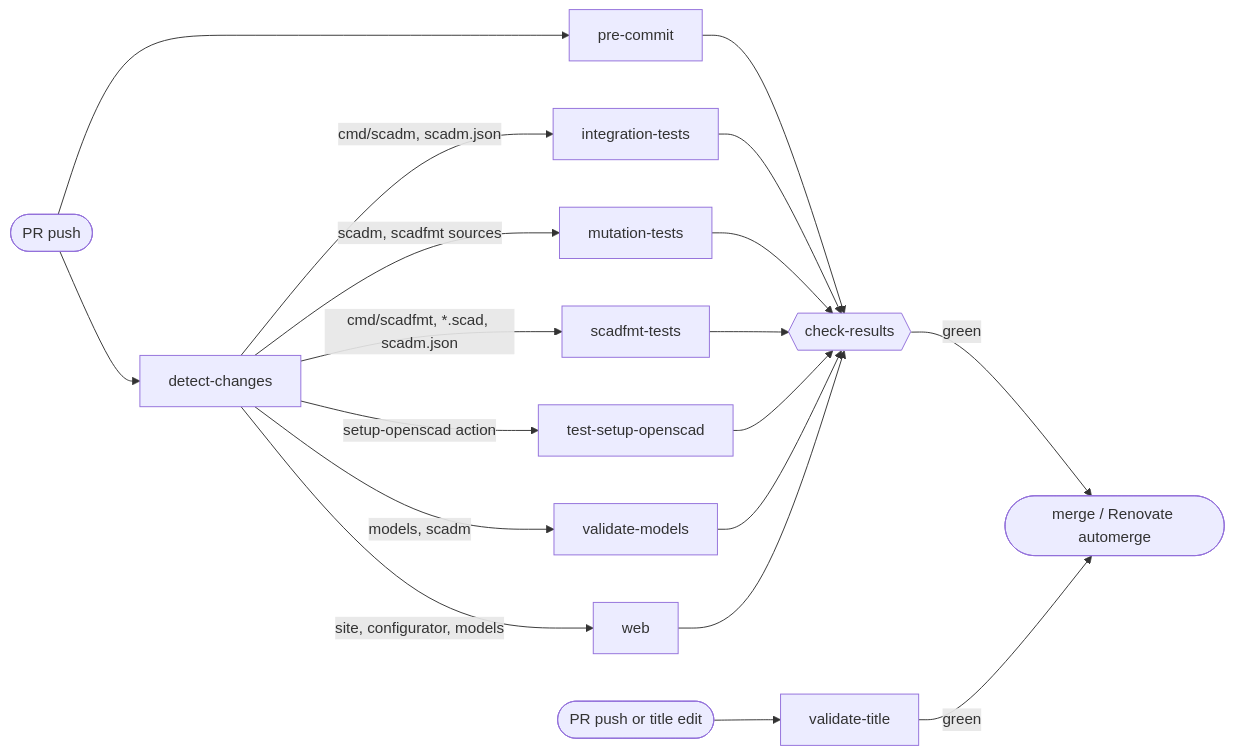
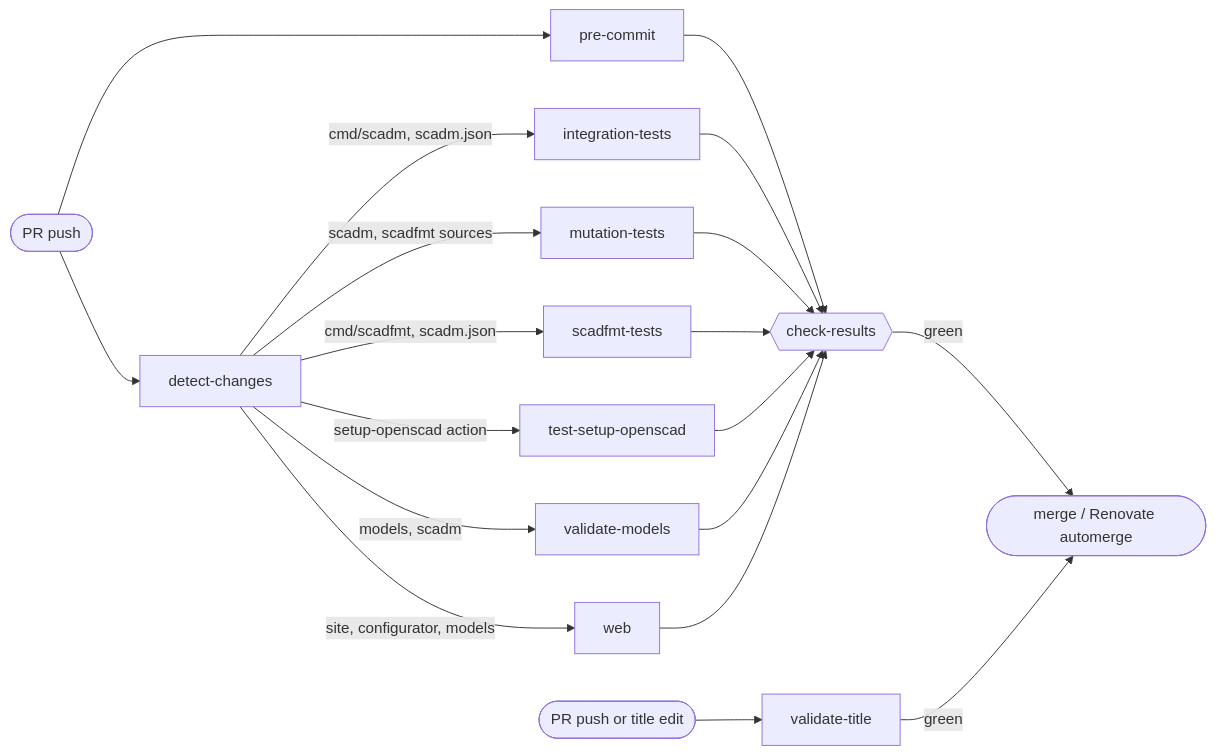
Before and after one commit to kellerlabs/homeracker: the diagram in .github/workflows/README.md, drawn with Mermaid. The commit also changed 4 other files, not shown here.

First line of the commit message:
ci(scadfmt): run the OpenSCAD job only for scadfmt and pin changes

````diff
--- a/.github/workflows/README.md
+++ b/.github/workflows/README.md
@@ -7,14 +7,14 @@
 ```mermaid
 flowchart LR
     pr([PR push]) --> dc[detect-changes]
     pr --> pc[pre-commit]
     dc -->|cmd/scadm, scadm.json| it[integration-tests]
     dc -->|scadm, scadfmt sources| mt[mutation-tests]
-    dc -->|cmd/scadfmt, *.scad, scadm.json| sf[scadfmt-tests]
+    dc -->|cmd/scadfmt, scadm.json| sf[scadfmt-tests]
     dc -->|setup-openscad action| so[test-setup-openscad]
     dc -->|models, scadm| vm[validate-models]
     dc -->|site, configurator, models| web[web]
     pc & it & mt & sf & so & vm & web --> cr{{check-results}}
     cr -->|green| merge([merge / Renovate automerge])
     pr2([PR push or title edit]) --> title[validate-title] -->|green| merge
 ```
````
